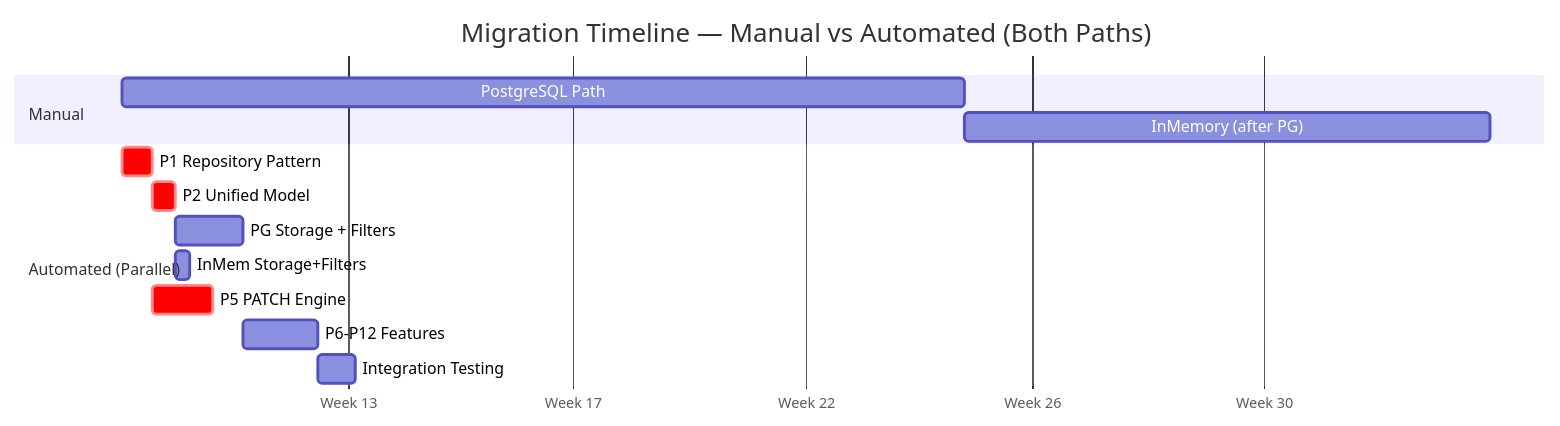
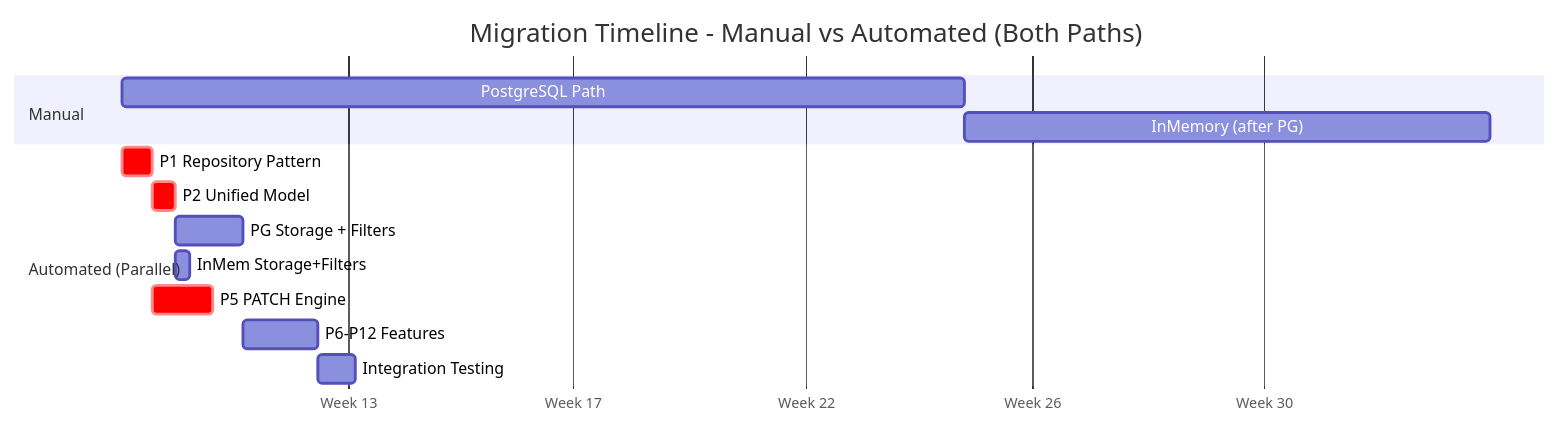
The first of 17 diagrams in docs/archive/MIGRATION_AUTOMATION_STRATEGY_v1_2026-02-20.md (pranems/SCIMServer), drawn with Mermaid before and after one commit. The commit also changed other lines of this file and 337 other files, not shown here.

````diff
--- a/docs/archive/MIGRATION_AUTOMATION_STRATEGY_v1_2026-02-20.md
+++ b/docs/archive/MIGRATION_AUTOMATION_STRATEGY_v1_2026-02-20.md
@@ -59,19 +59,19 @@
 ```mermaid
 gantt
-    title Migration Timeline — Manual vs Automated (Both Paths)
+    title Migration Timeline - Manual vs Automated (Both Paths)
     dateFormat  YYYY-MM-DD
     axisFormat  Week %W
 
     section Manual
     PostgreSQL Path       :manual_pg, 2026-03-02, 16w
     InMemory (after PG)   :manual_mem, after manual_pg, 10w
 
     section Automated (Parallel)
     P1 Repository Pattern :crit, auto_p1, 2026-03-02, 4d
     P2 Unified Model      :crit, auto_p2, after auto_p1, 3d
     PG Storage + Filters  :auto_pg, after auto_p2, 9d
     InMem Storage+Filters :auto_mem, after auto_p2, 2d
     P5 PATCH Engine       :crit, auto_p5, after auto_p1, 8d
     P6-P12 Features       :auto_rest, after auto_pg, 10d
     Integration Testing   :auto_test, after auto_rest, 5d
 ```
````
